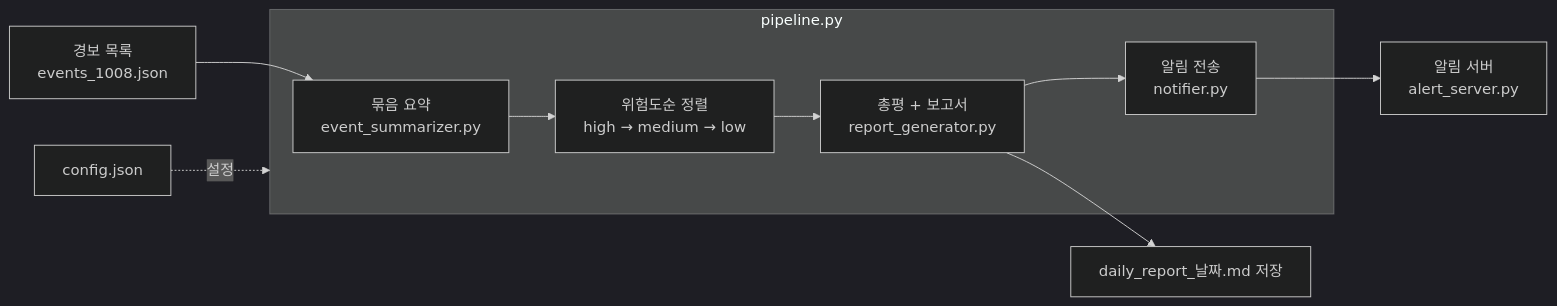
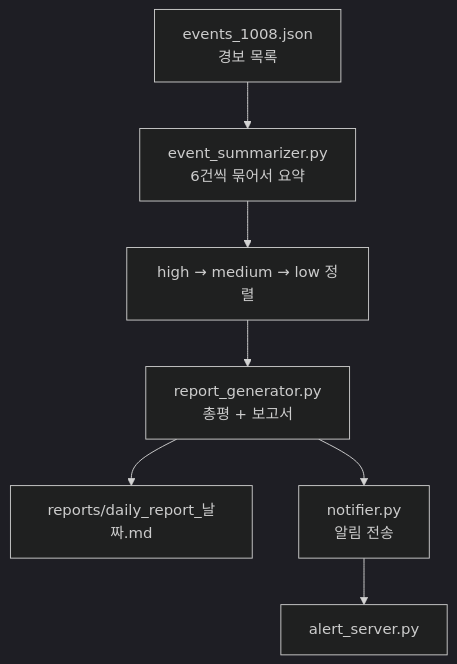
One commit to Won-22/security-agent-toolkit changed the diagram in agent_core/README.md. Above: the diagram before and after it, drawn with Mermaid (dark theme). The commit also changed other lines of this file and 10 other files, not shown here.

````diff
--- a/agent_core/README.md
+++ b/agent_core/README.md
@@ -8,16 +10,9 @@
 ```mermaid
-flowchart LR
-    A[경보 목록<br>events_1008.json] --> B[묶음 요약<br>event_summarizer.py]
-    B --> C[위험도순 정렬<br>high → medium → low]
-    C --> D[총평 + 보고서<br>report_generator.py]
-    D --> E[daily_report_날짜.md 저장]
-    D --> F[알림 전송<br>notifier.py]
-    F --> G[알림 서버<br>alert_server.py]
-    H[config.json] -.설정.-> P
-    subgraph P[pipeline.py]
-        B
-        C
-        D
-        F
-    end
+flowchart TD
+    A[events_1008.json<br>경보 목록] --> B[event_summarizer.py<br>6건씩 묶어서 요약]
+    B --> C[high → medium → low 정렬]
+    C --> D[report_generator.py<br>총평 + 보고서]
+    D --> E[reports/daily_report_날짜.md]
+    D --> F[notifier.py<br>알림 전송]
+    F --> G[alert_server.py]
 ```
````
